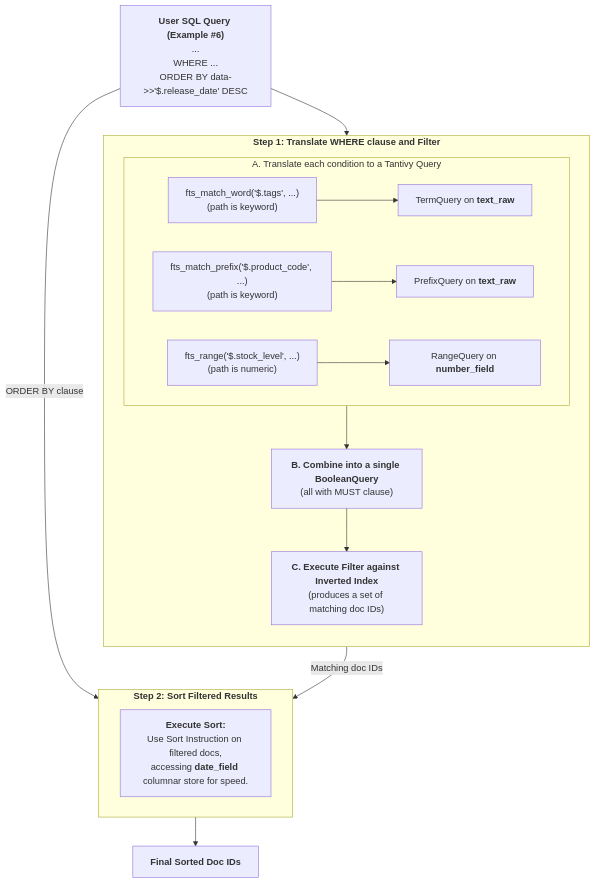
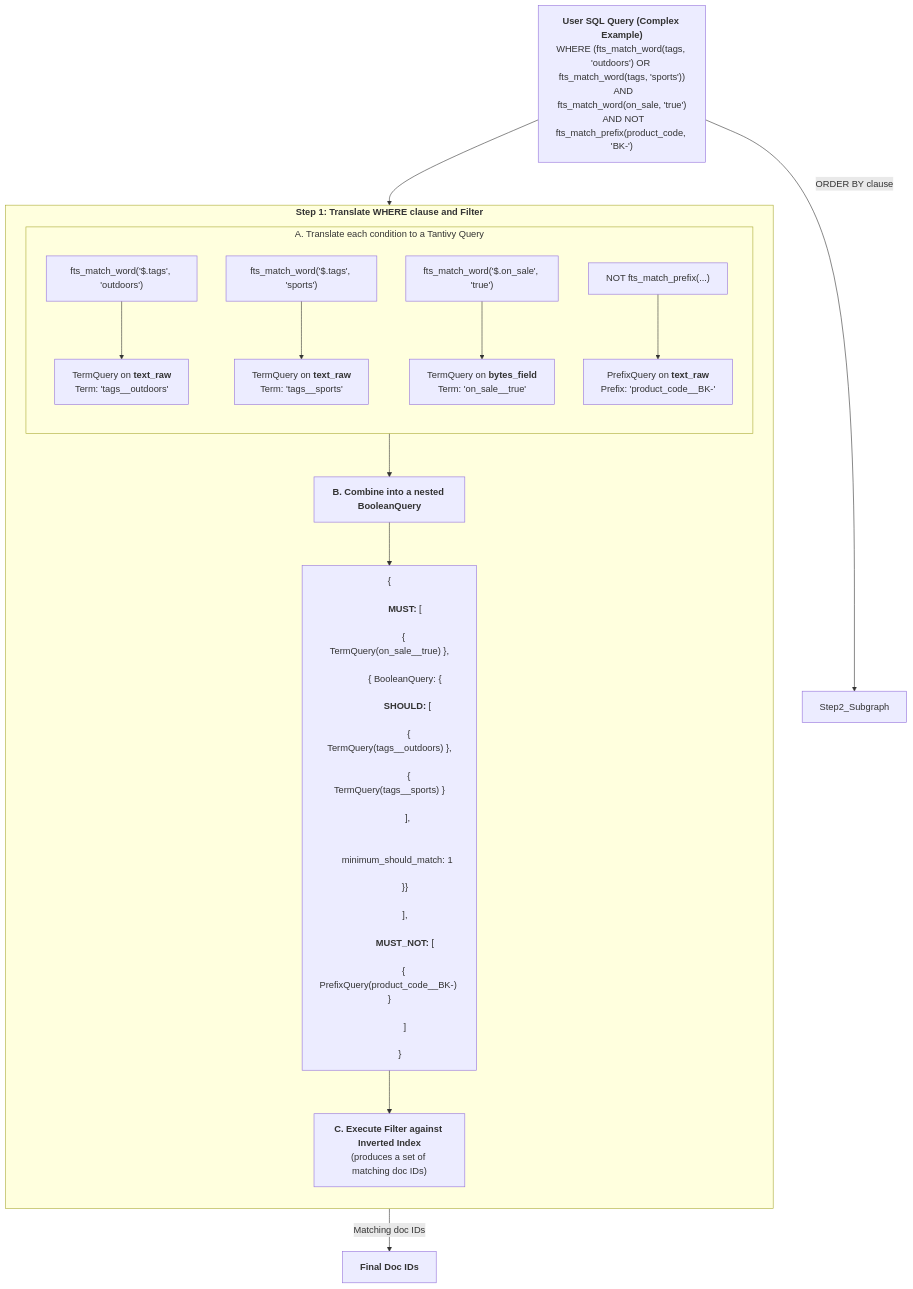
Before and after one commit to kolafish/tantivy: the second of 3 diagrams in TiCI_JSON_Support_Proposal.md, drawn with Mermaid. The commit also changed other lines of this file, not shown here.

````diff
--- a/TiCI_JSON_Support_Proposal.md
+++ b/TiCI_JSON_Support_Proposal.md
@@ -193,30 +193,43 @@
 ```mermaid
 graph TD
-    A["<b>User SQL Query (Example #6)</b><br/>...<br/>WHERE ...<br/>ORDER BY data->>'$.release_date' DESC"]
+    A["<b>User SQL Query (Complex Example)</b><br/>WHERE (fts_match_word(tags, 'outdoors') OR fts_match_word(tags, 'sports'))<br/>  AND fts_match_word(on_sale, 'true')<br/>  AND NOT fts_match_prefix(product_code, 'BK-')"]
 
     A --> Step1_Subgraph
     A -- "ORDER BY clause" --> Step2_Subgraph
 
     subgraph Step1_Subgraph ["<b>Step 1: Translate WHERE clause and Filter</b>"]
         direction TB
 
         subgraph Translate_Subgraph ["A. Translate each condition to a Tantivy Query"]
-            direction LR
-            C["fts_match_word('$.tags', ...)<br/>(path is keyword)"] --> C_Out["TermQuery on <b>text_raw</b>"]
-            D["fts_match_prefix('$.product_code', ...)<br/>(path is keyword)"] --> D_Out["PrefixQuery on <b>text_raw</b>"]
-            E["fts_range('$.stock_level', ...)<br/>(path is numeric)"] --> E_Out["RangeQuery on <b>number_field</b>"]
+            direction TD
+            C["fts_match_word('$.tags', 'outdoors')"] --> C_Out["TermQuery on <b>text_raw</b><br/>Term: 'tags__outdoors'"]
+            D["fts_match_word('$.tags', 'sports')"] --> D_Out["TermQuery on <b>text_raw</b><br/>Term: 'tags__sports'"]
+            E["fts_match_word('$.on_sale', 'true')"] --> E_Out["TermQuery on <b>bytes_field</b><br/>Term: 'on_sale__true'"]
+            F["NOT fts_match_prefix(...)"] --> F_Out["PrefixQuery on <b>text_raw</b><br/>Prefix: 'product_code__BK-'"]
         end
 
-        Translate_Subgraph --> G["<b>B. Combine into a single BooleanQuery</b><br/>(all with MUST clause)"]
+        Translate_Subgraph --> G["<b>B. Combine into a nested BooleanQuery</b>"]
         
-        G --> H["<b>C. Execute Filter against Inverted Index</b><br/>(produces a set of matching doc IDs)"]
+        G --> H["
+        {<br/>
+          &nbsp;&nbsp;<b>MUST:</b> [<br/>
+        &nbsp;&nbsp;&nbsp;&nbsp;{ TermQuery(on_sale__true) },<br/>
+        &nbsp;&nbsp;&nbsp;&nbsp;{ BooleanQuery: {<br/>
+        &nbsp;&nbsp;&nbsp;&nbsp;&nbsp;&nbsp;<b>SHOULD:</b> [<br/>
+        &nbsp;&nbsp;&nbsp;&nbsp;&nbsp;&nbsp;&nbsp;&nbsp;{ TermQuery(tags__outdoors) },<br/>
+        &nbsp;&nbsp;&nbsp;&nbsp;&nbsp;&nbsp;&nbsp;&nbsp;{ TermQuery(tags__sports) }<br/>
+        &nbsp;&nbsp;&nbsp;&nbsp;&nbsp;&nbsp;],<br/>
+        &nbsp;&nbsp;&nbsp;&nbsp;&nbsp;&nbsp;minimum_should_match: 1<br/>
+        &nbsp;&nbsp;&nbsp;&nbsp;}}<br/>
+          &nbsp;&nbsp;],<br/>
+          &nbsp;&nbsp;<b>MUST_NOT:</b> [<br/>
+        &nbsp;&nbsp;&nbsp;&nbsp;{ PrefixQuery(product_code__BK-) }<br/>
+          &nbsp;&nbsp;]<br/>
+        }
+        "]
+        
+        H --> I["<b>C. Execute Filter against Inverted Index</b><br/>(produces a set of matching doc IDs)"]
     end
 
-    H -- "Matching doc IDs" --> Step2_Subgraph
-
-    subgraph Step2_Subgraph ["<b>Step 2: Sort Filtered Results</b>"]
-        I["<b>Execute Sort:</b><br/>Use Sort Instruction on filtered docs,<br/>accessing <b>date_field</b> columnar store for speed."]
-    end
-
-    Step2_Subgraph --> J["<B>Final Sorted Doc IDs</B>"]
+    I -- "Matching doc IDs" --> J["<B>Final Doc IDs</B>"]
 ```
````
